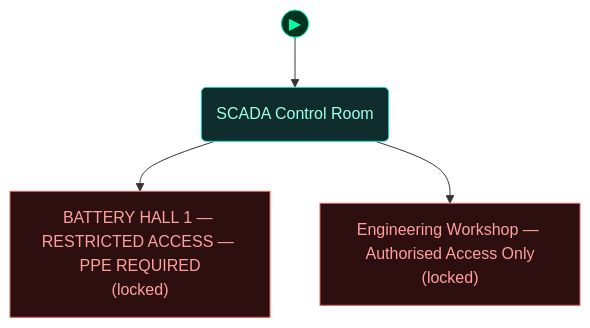
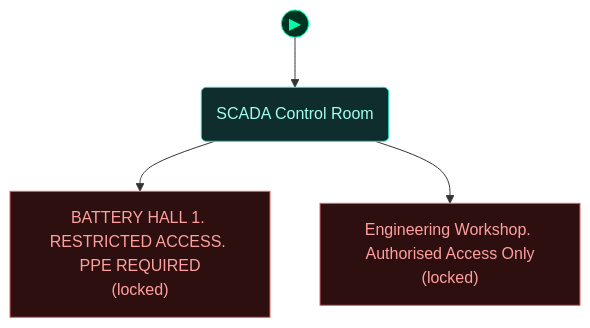
Before and after one commit to cliffe/BreakEscape: the fourth of 5 diagrams in scenarios/sis02_energy/dungeon_graph.md, drawn with Mermaid. The commit also changed other lines of this file and 18 other files, not shown here.

````diff
--- a/scenarios/sis02_energy/dungeon_graph.md
+++ b/scenarios/sis02_energy/dungeon_graph.md
@@ -369,32 +373,32 @@
 ```mermaid
 flowchart TD
 
   classDef room      fill:#0f2d2d,stroke:#22ddcc,color:#a0ffee
   classDef lock      fill:#2d0f0f,stroke:#e66060,color:#ffa0a0
   classDef key       fill:#2d0812,stroke:#e66060,color:#ffa0a0
   classDef item      fill:#2d1200,stroke:#e89030,color:#ffcc80
   classDef gate      fill:#111,stroke:#666,color:#eee
   classDef vm        fill:#0c1f40,stroke:#4a90d9,color:#a0c8ff
   classDef flag      fill:#1a0c2d,stroke:#9060d0,color:#cc99ff
   classDef action    fill:#1a1200,stroke:#cc9922,color:#ffee88
   classDef aim       fill:#0d2a0d,stroke:#44cc44,color:#88ff88
   classDef aim_gate  fill:#111111,stroke:#44cc44,color:#44cc44
   classDef container fill:#1a2d1a,stroke:#60b060,color:#a0e0a0
   classDef npc       fill:#2d1f0d,stroke:#d0a050,color:#ffe0a0
   classDef critical  fill:#2a1500,stroke:#ffaa00,color:#ffdd88
   classDef start     fill:#003322,stroke:#00ffaa,color:#00ffaa
 
   node_start(("▶"))
   node_start --> scada_control_room
 
   scada_control_room("SCADA Control Room")
-  battery_hall_1["BATTERY HALL 1 — RESTRICTED ACCESS — PPE REQUIRED<br/>(locked)"]
-  engineering_workshop["Engineering Workshop — Authorised Access Only<br/>(locked)"]
+  battery_hall_1["BATTERY HALL 1. RESTRICTED ACCESS. PPE REQUIRED<br/>(locked)"]
+  engineering_workshop["Engineering Workshop. Authorised Access Only<br/>(locked)"]
 
   scada_control_room --> battery_hall_1
   scada_control_room --> engineering_workshop
 
   class scada_control_room room
   class battery_hall_1,engineering_workshop lock
   class node_start start
 ```
````
